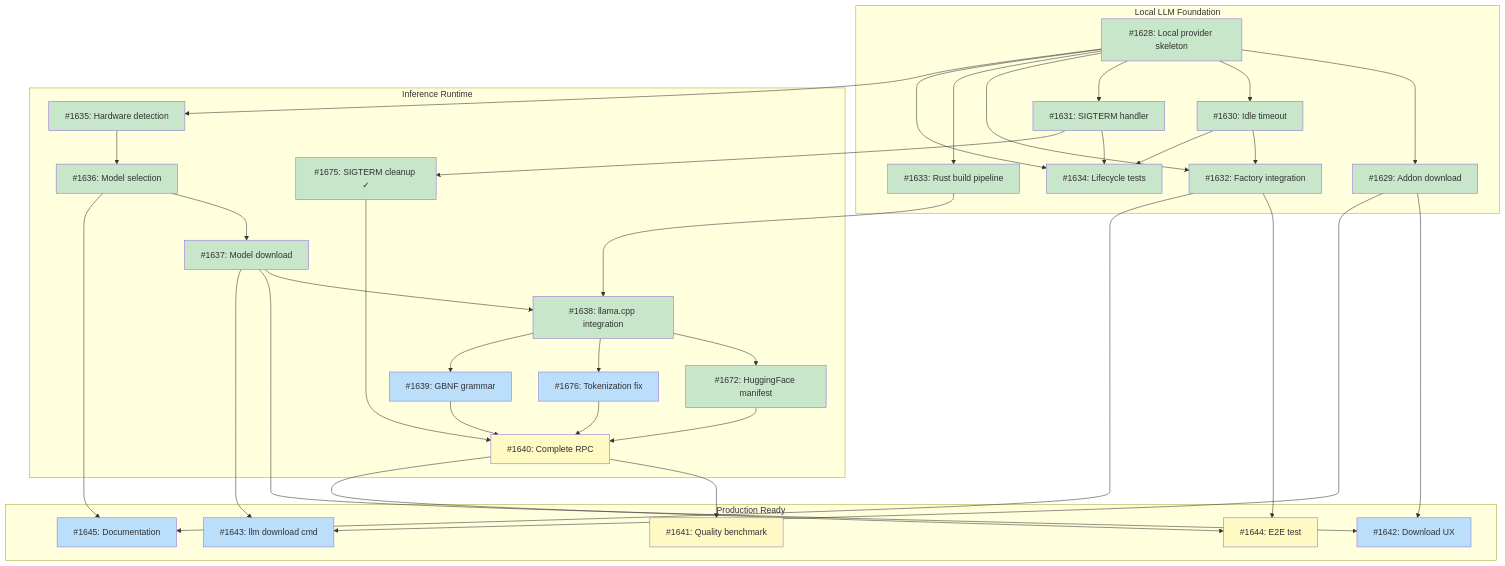
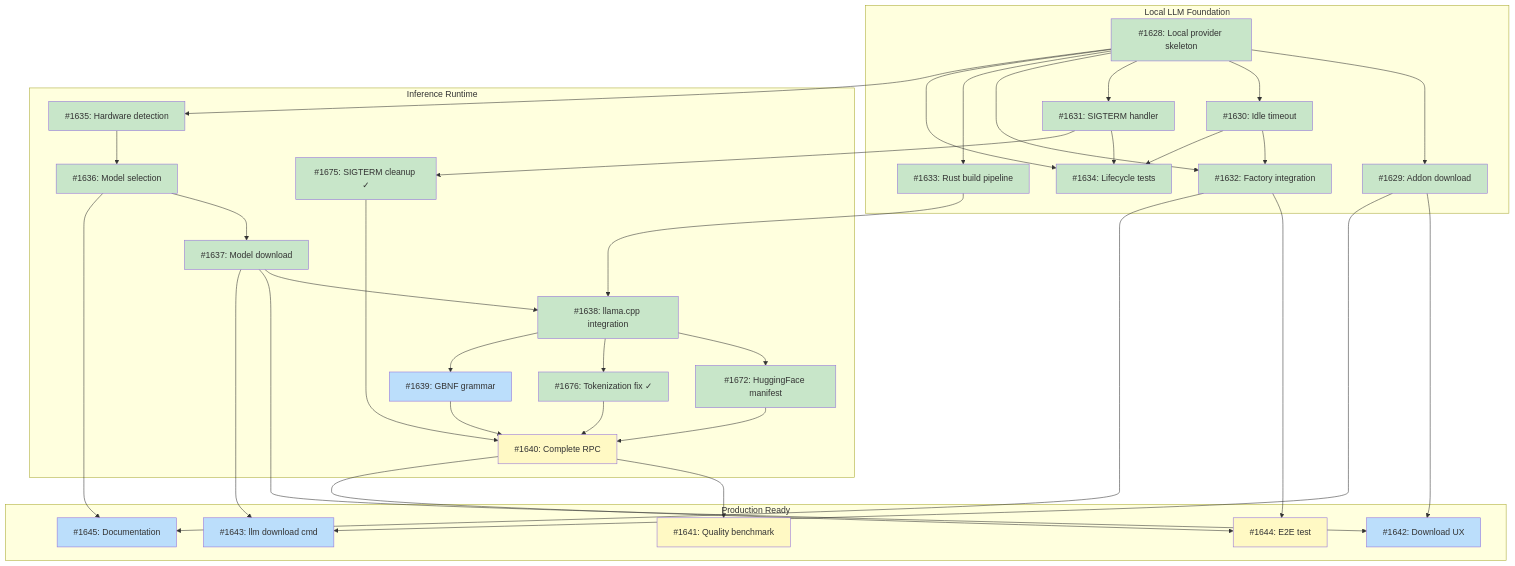
One commit to tsukumogami/tsuku changed the diagram in docs/designs/DESIGN-local-llm-runtime.md. Above: the diagram before and after it, drawn with Mermaid. The commit also changed other lines of this file, not shown here.

Commit message:
docs(llm): mark #1676 as done in design doc

````diff
--- a/docs/designs/DESIGN-local-llm-runtime.md
+++ b/docs/designs/DESIGN-local-llm-runtime.md
@@ -80,73 +80,73 @@
 ```mermaid
 graph TD
     subgraph M1["Local LLM Foundation"]
         I1628["#1628: Local provider skeleton"]
         I1629["#1629: Addon download"]
         I1630["#1630: Idle timeout"]
         I1631["#1631: SIGTERM handler"]
         I1632["#1632: Factory integration"]
         I1633["#1633: Rust build pipeline"]
         I1634["#1634: Lifecycle tests"]
     end
 
     subgraph M2["Inference Runtime"]
         I1635["#1635: Hardware detection"]
         I1636["#1636: Model selection"]
         I1637["#1637: Model download"]
         I1638["#1638: llama.cpp integration"]
         I1672["#1672: HuggingFace manifest"]
         I1675["#1675: SIGTERM cleanup ✓"]
-        I1676["#1676: Tokenization fix"]
+        I1676["#1676: Tokenization fix ✓"]
         I1639["#1639: GBNF grammar"]
         I1640["#1640: Complete RPC"]
     end
 
     subgraph M3["Production Ready"]
         I1641["#1641: Quality benchmark"]
         I1642["#1642: Download UX"]
         I1643["#1643: llm download cmd"]
         I1644["#1644: E2E test"]
         I1645["#1645: Documentation"]
     end
 
     I1628 --> I1629
     I1628 --> I1630
     I1628 --> I1631
     I1628 --> I1632
     I1630 --> I1632
     I1628 --> I1633
     I1628 --> I1634
     I1630 --> I1634
     I1631 --> I1634
     I1628 --> I1635
     I1635 --> I1636
     I1636 --> I1637
     I1633 --> I1638
     I1637 --> I1638
     I1638 --> I1672
     I1631 --> I1675
     I1638 --> I1676
     I1638 --> I1639
     I1672 --> I1640
     I1675 --> I1640
     I1676 --> I1640
     I1639 --> I1640
     I1640 --> I1641
     I1629 --> I1642
     I1637 --> I1642
     I1629 --> I1643
     I1637 --> I1643
     I1640 --> I1644
     I1632 --> I1644
     I1632 --> I1645
     I1636 --> I1645
 
     classDef done fill:#c8e6c9
     classDef ready fill:#bbdefb
     classDef blocked fill:#fff9c4
     classDef needsDesign fill:#e1bee7
 
-    class I1628,I1629,I1630,I1631,I1632,I1633,I1634,I1635,I1636,I1637,I1638,I1672,I1675 done
-    class I1639,I1642,I1643,I1645,I1676 ready
+    class I1628,I1629,I1630,I1631,I1632,I1633,I1634,I1635,I1636,I1637,I1638,I1672,I1675,I1676 done
+    class I1639,I1642,I1643,I1645 ready
     class I1640,I1641,I1644 blocked
 ```
````
